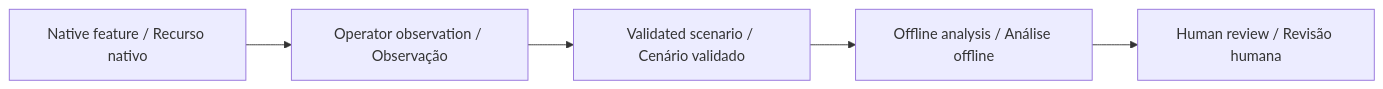
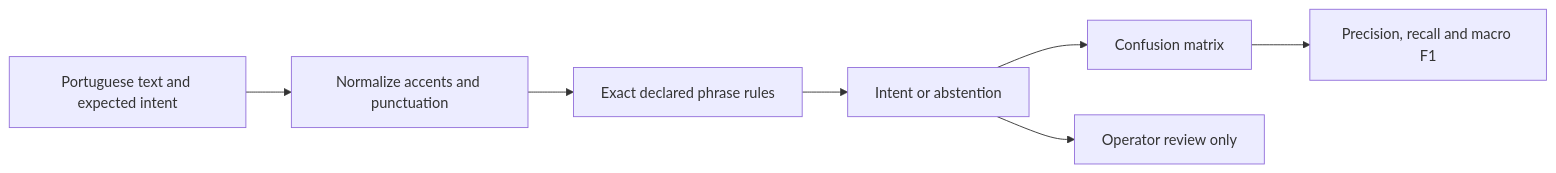
The diagram in README.md (galafis/vbot-ptbr-interaction-bench), drawn with Mermaid before and after one commit. The commit also changed other lines of this file and 48 other files, not shown here.

````diff
--- a/README.md
+++ b/README.md
@@ -47,7 +83,9 @@
 ```mermaid
 flowchart LR
-  A[Native feature / Recurso nativo] --> B[Operator observation / Observação]
-  B --> C[Validated scenario / Cenário validado]
-  C --> D[Offline analysis / Análise offline]
-  D --> E[Human review / Revisão humana]
+  A[Portuguese text and expected intent] --> B[Normalize accents and punctuation]
+  B --> C[Exact declared phrase rules]
+  C --> D[Intent or abstention]
+  D --> E[Confusion matrix]
+  E --> F[Precision, recall and macro F1]
+  D --> G[Operator review only]
 ```
````
